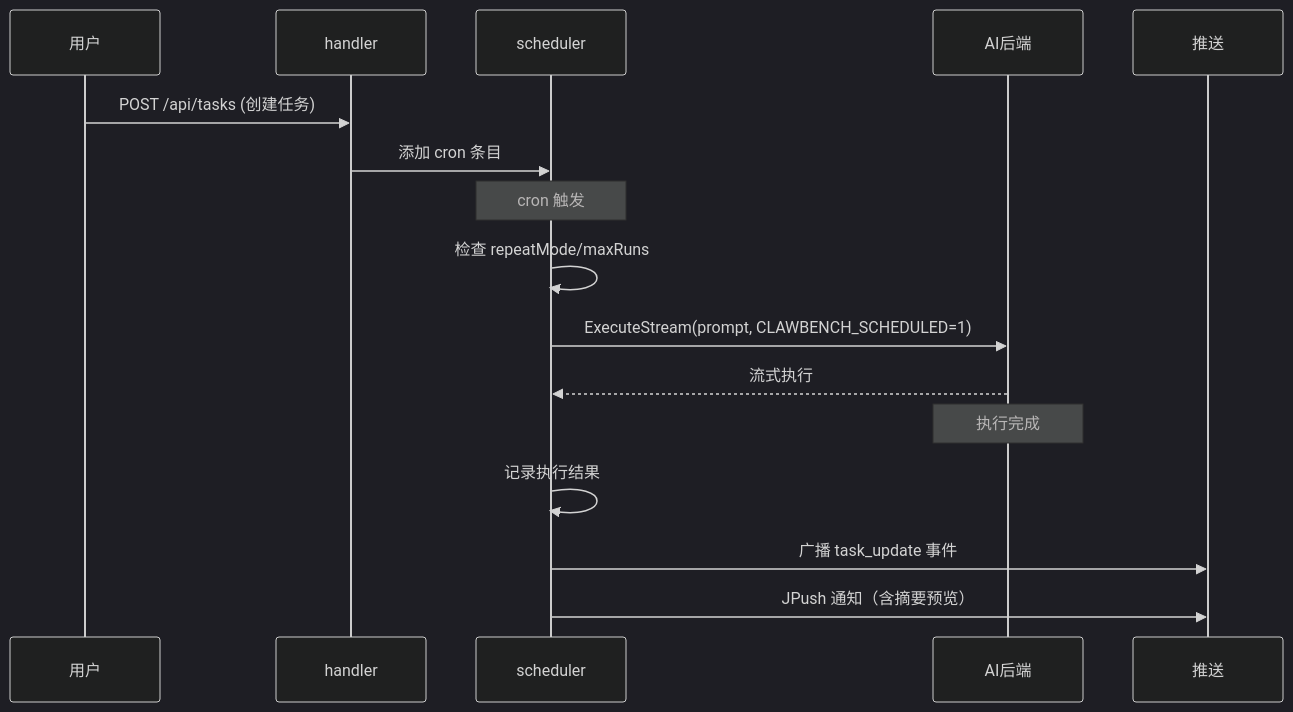
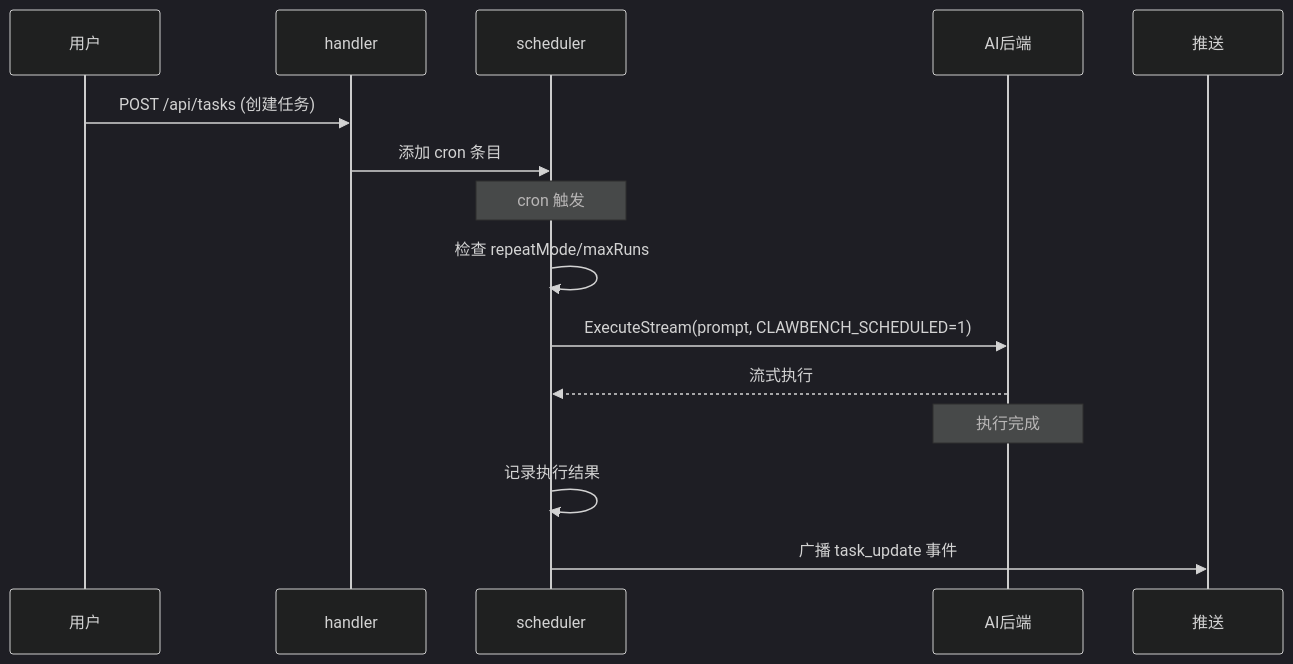
Before and after one commit to clawbench-dev/clawbench: the first of 2 diagrams in docs/spec/features/scheduled-tasks.md, drawn with Mermaid (dark theme). The commit also changed other lines of this file and 118 other files, not shown here.

````diff
--- a/docs/spec/features/scheduled-tasks.md
+++ b/docs/spec/features/scheduled-tasks.md
@@ -9,19 +9,18 @@
 ```mermaid
 sequenceDiagram
     participant 用户
     participant handler
     participant scheduler
     participant AI后端
     participant 推送
 
     用户->>handler: POST /api/tasks (创建任务)
     handler->>scheduler: 添加 cron 条目
     Note over scheduler: cron 触发
     scheduler->>scheduler: 检查 repeatMode/maxRuns
     scheduler->>AI后端: ExecuteStream(prompt, CLAWBENCH_SCHEDULED=1)
     AI后端-->>scheduler: 流式执行
     Note over AI后端: 执行完成
     scheduler->>scheduler: 记录执行结果
     scheduler->>推送: 广播 task_update 事件
-    scheduler->>推送: JPush 通知（含摘要预览）
 ```
````
